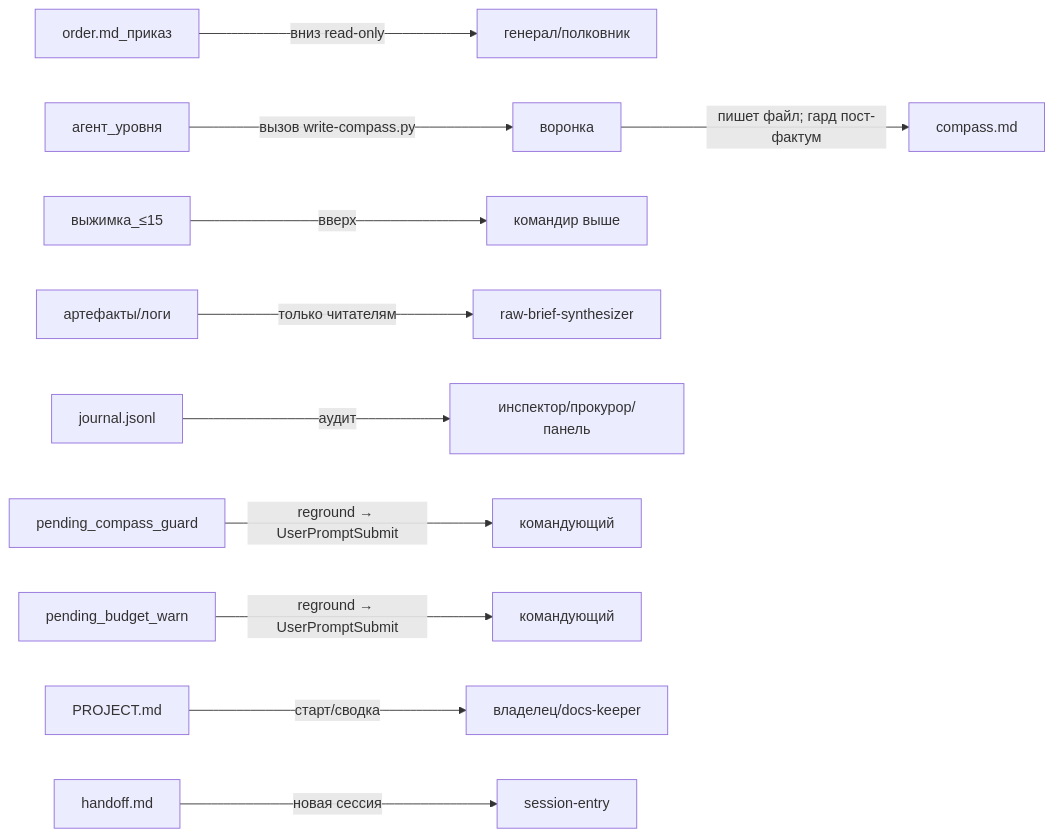
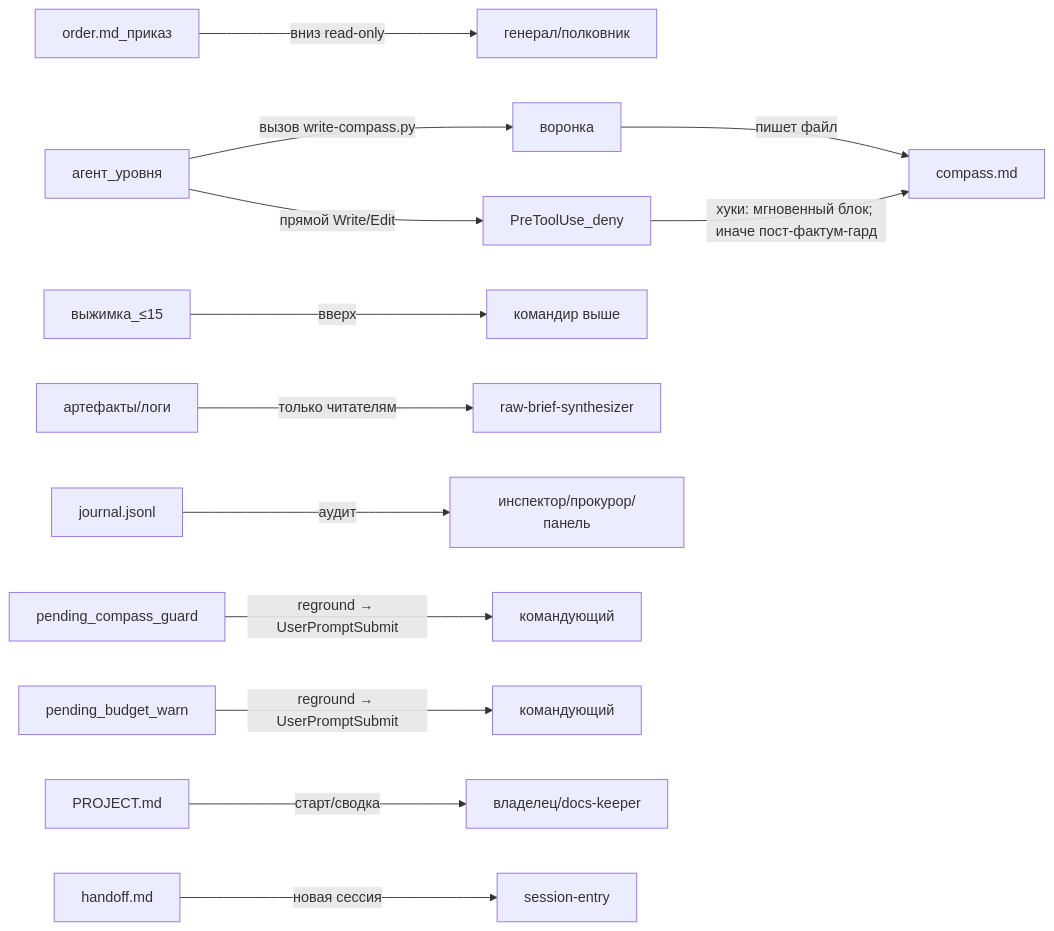
Before and after one commit to AHoHuMbl4/orchestrator-with-cursor: the second of 2 diagrams in skills/orchestration/references/FLOW.md, drawn with Mermaid. The commit also changed other lines of this file and 15 other files, not shown here.

````diff
--- a/skills/orchestration/references/FLOW.md
+++ b/skills/orchestration/references/FLOW.md
@@ -39,13 +39,15 @@
 ```mermaid
 graph LR
   Order[order.md_приказ] -->|вниз read-only| GenCol[генерал/полковник]
   Levels[агент_уровня] -->|вызов write-compass.py| Funnel[воронка]
-  Funnel -->|пишет файл; гард пост-фактум| CompassFile[compass.md]
+  Funnel -->|пишет файл| CompassFile[compass.md]
+  Levels -->|прямой Write/Edit| PreTU[PreToolUse_deny]
+  PreTU -->|хуки: мгновенный блок; иначе пост-фактум-гард| CompassFile
   Brief[выжимка_≤15] -->|вверх| Up[командир выше]
   RawArt[артефакты/логи] -->|только читателям| RawR[raw-brief-synthesizer]
   Journal[journal.jsonl] -->|аудит| InspPros[инспектор/прокурор/панель]
   PendCG[pending_compass_guard] -->|reground → UserPromptSubmit| Cmd2[командующий]
   PendBW[pending_budget_warn] -->|reground → UserPromptSubmit| Cmd3[командующий]
   Proj[PROJECT.md] -->|старт/сводка| Owner2[владелец/docs-keeper]
   Hand[handoff.md] -->|новая сессия| Entry[session-entry]
 ```
````
